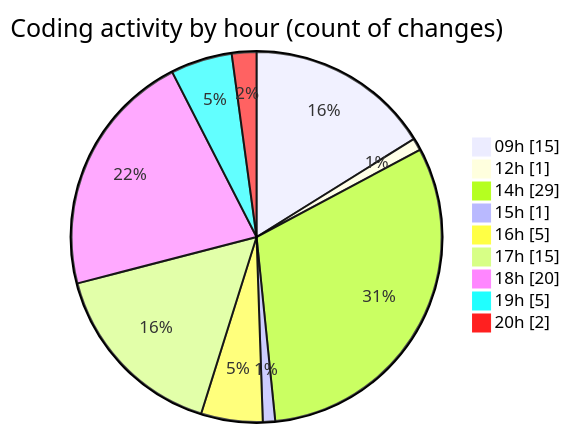
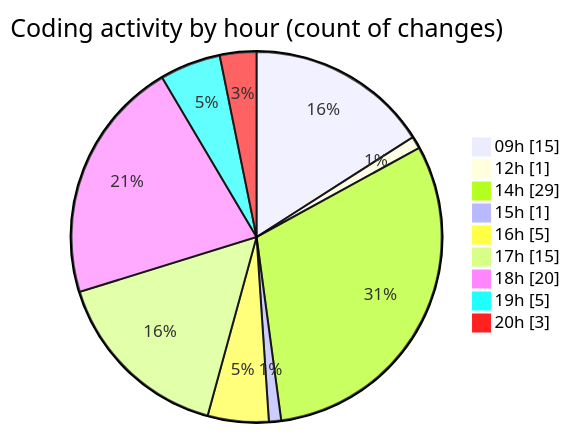
The second of 2 diagrams in 2026-09-08/cda/README.md (momahboobian/code-tracking), drawn with Mermaid before and after one commit. The commit also changed other lines of this file and 1 other file, not shown here.

````diff
--- a/2026-09-08/cda/README.md
+++ b/2026-09-08/cda/README.md
@@ -63,13 +63,13 @@
 ```mermaid
 pie showData
 title Coding activity by hour (count of changes)
 "09h" : 15
 "12h" : 1
 "14h" : 29
 "15h" : 1
 "16h" : 5
 "17h" : 15
 "18h" : 20
 "19h" : 5
-"20h" : 2
+"20h" : 3
 ```
````
